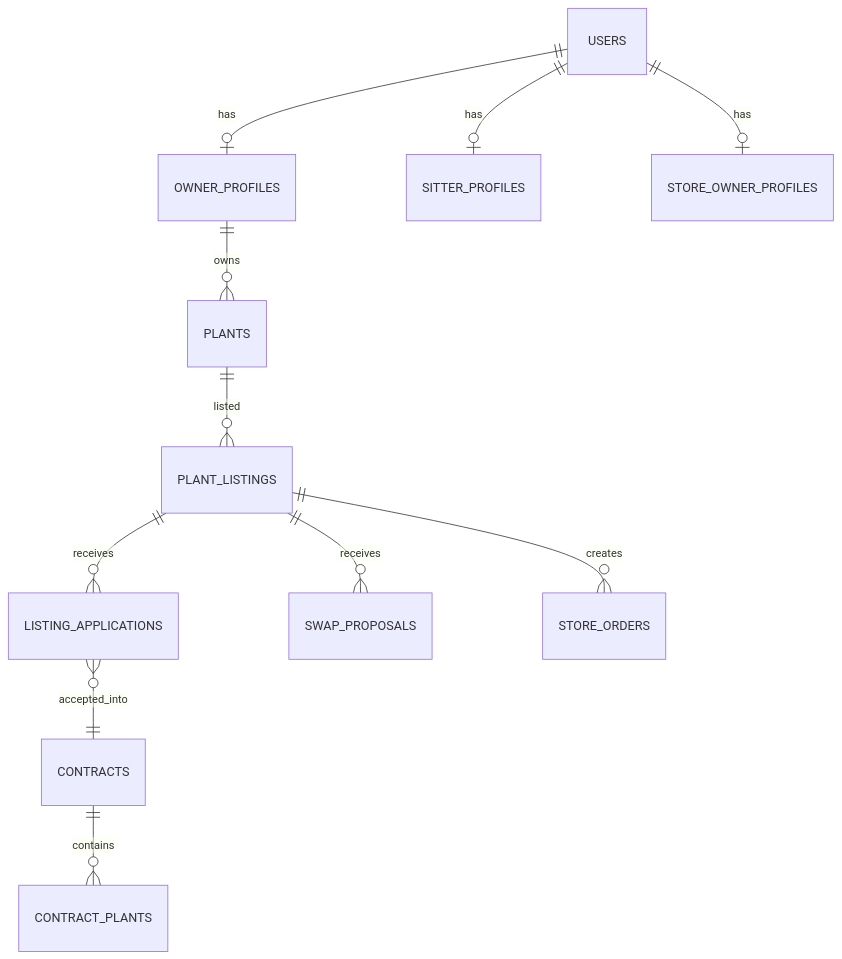
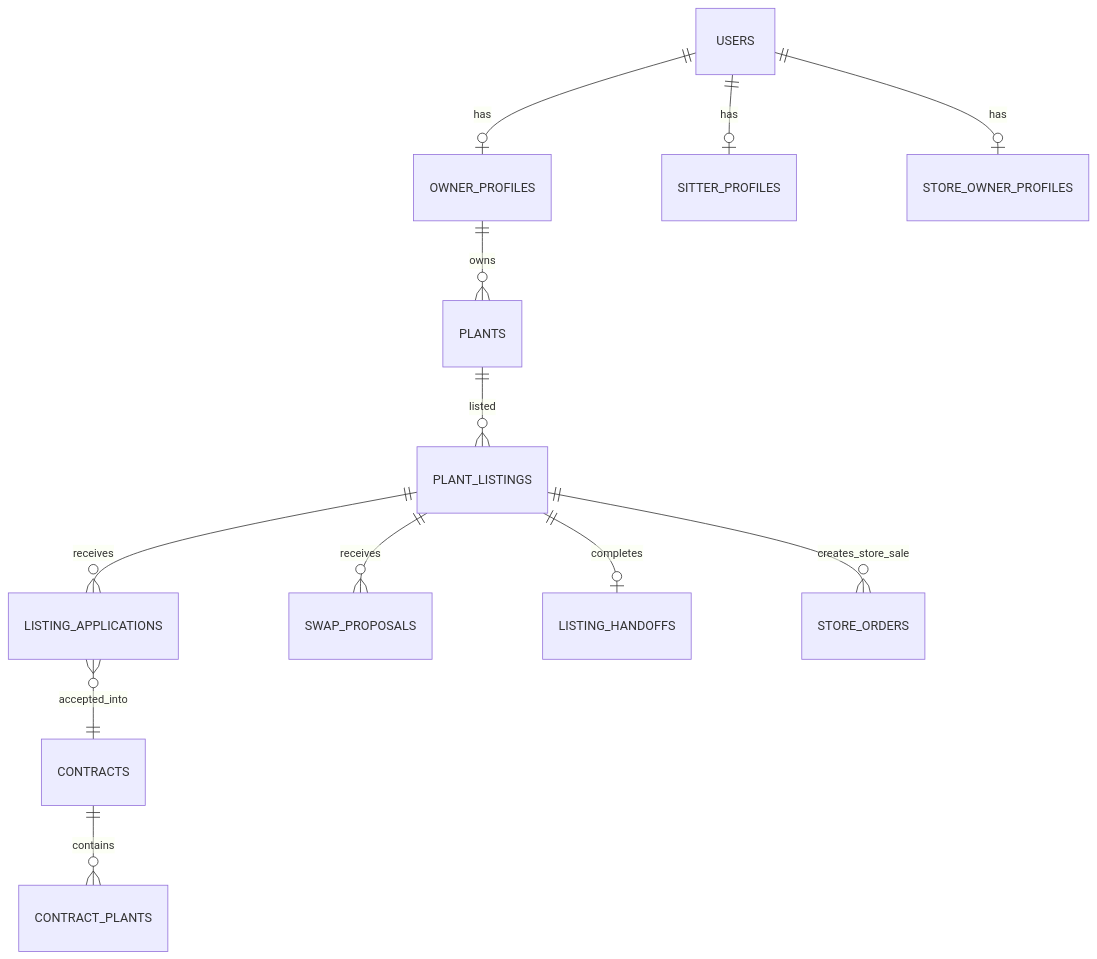
The third of 3 diagrams in android_only/README.md (Alieyeh/PlantBuddy), drawn with Mermaid before and after one commit. The commit also changed other lines of this file and 21 other files, not shown here.

Commit message:
Add marketplace exchange flows and tracker

````diff
--- a/android_only/README.md
+++ b/android_only/README.md
@@ -209,20 +210,21 @@
 ``` mermaid
 erDiagram
 
 USERS ||--o| OWNER_PROFILES : has
 USERS ||--o| SITTER_PROFILES : has
 USERS ||--o| STORE_OWNER_PROFILES : has
 
 OWNER_PROFILES ||--o{ PLANTS : owns
 
 PLANTS ||--o{ PLANT_LISTINGS : listed
 
 PLANT_LISTINGS ||--o{ LISTING_APPLICATIONS : receives
 PLANT_LISTINGS ||--o{ SWAP_PROPOSALS : receives
 
 LISTING_APPLICATIONS }o--|| CONTRACTS : accepted_into
 
 CONTRACTS ||--o{ CONTRACT_PLANTS : contains
 
-PLANT_LISTINGS ||--o{ STORE_ORDERS : creates
+PLANT_LISTINGS ||--o| LISTING_HANDOFFS : completes
+PLANT_LISTINGS ||--o{ STORE_ORDERS : creates_store_sale
 ```
````
